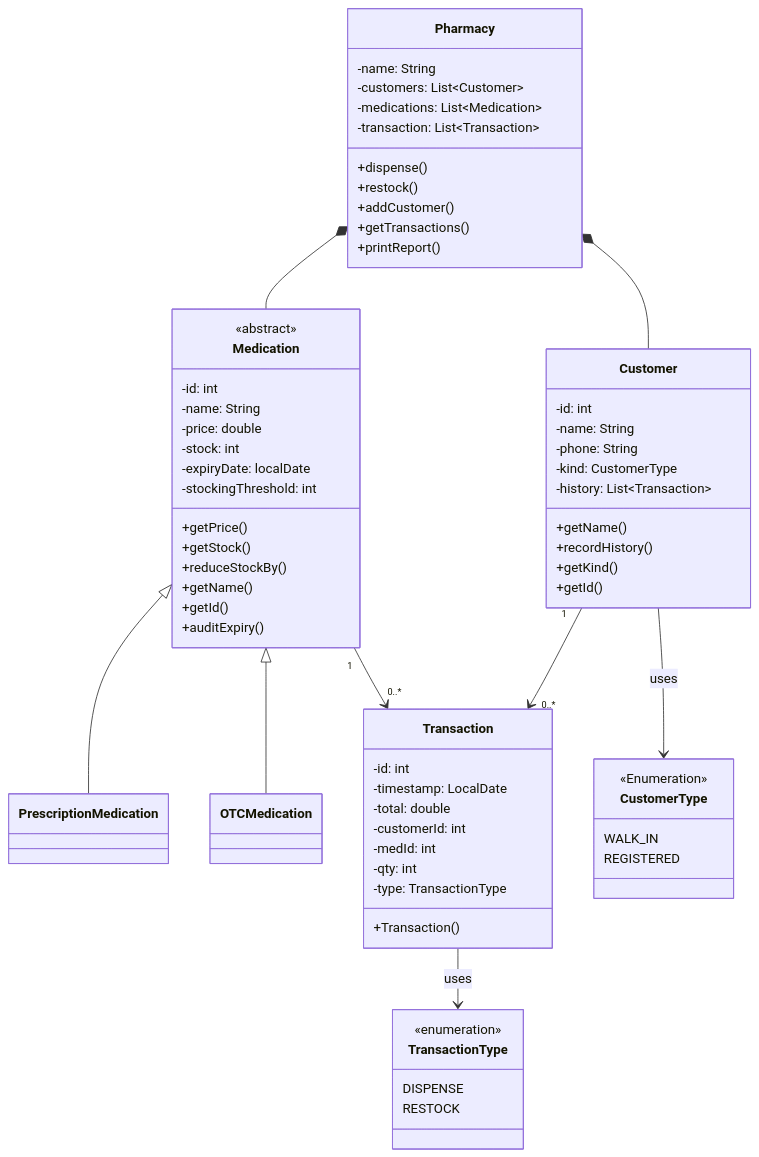
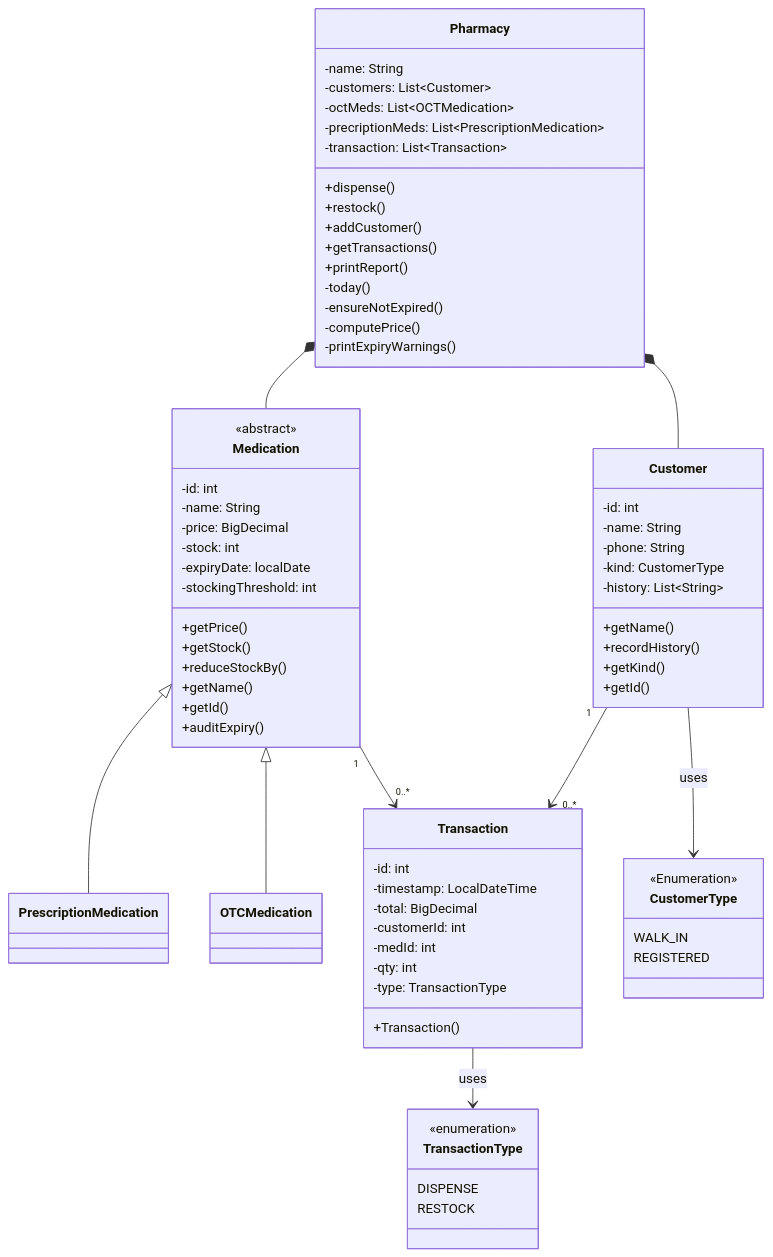
The diagram in README.md (prince-kofi-asiedu/akosua-s-pharmacy), drawn with Mermaid before and after one commit. The commit also changed other lines of this file and 9 other files, not shown here.

```diff
--- a/README.md
+++ b/README.md
@@ -39,15 +33,19 @@
 
 class Pharmacy {
   -name: String
-  <!-- -Inventory inventory -->
   -customers: List~Customer~ 
-  -medications: List~Medication~
+  -octMeds: List~OCTMedication~
+  -precriptionMeds: List~PrescriptionMedication~
   -transaction: List~Transaction~
   +dispense()
   +restock()
   +addCustomer()
   +getTransactions()
   +printReport()
+  -today()
+  -ensureNotExpired()
+  -computePrice()
+  -printExpiryWarnings()
 }
 
 
@@ -55,7 +53,7 @@
   <<abstract>>
   -id: int
   -name: String
-  -price: double
+  -price: BigDecimal
   -stock: int
   -expiryDate: localDate
   -stockingThreshold: int
@@ -79,7 +77,7 @@
   -name: String
   -phone: String
   -kind: CustomerType
-  -history: List~Transaction~ 
+  -history: List~String~ 
   +getName()
   +recordHistory()
   +getKind()
@@ -89,8 +87,8 @@
 
 class Transaction {
   -id: int
-  -timestamp: LocalDate
-  -total: double
+  -timestamp: LocalDateTime
+  -total: BigDecimal
   -customerId: int
   -medId: int
   -qty: int
```
